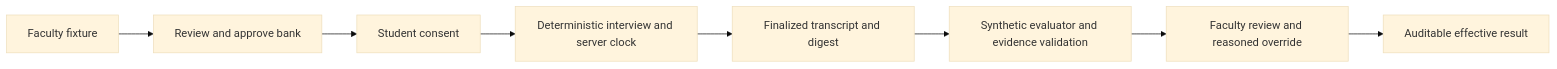
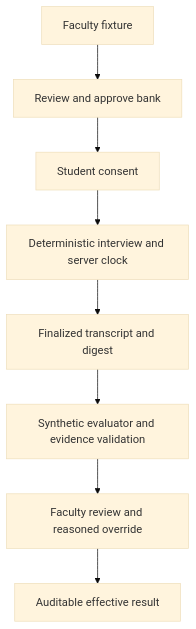
One commit to Udit-Agarwal20/mirai-ai-interviewer changed the first of 2 diagrams in README.md. Above: the diagram before and after it, drawn with Mermaid (base theme). The commit also changed other lines of this file, not shown here.

````diff
--- a/README.md
+++ b/README.md
@@ -80,10 +101,10 @@
 ```mermaid
-flowchart LR
+flowchart TD
     Faculty[Faculty fixture] --> Bank[Review and approve bank]
     Bank --> Consent[Student consent]
     Consent --> Session[Deterministic interview and server clock]
     Session --> Transcript[Finalized transcript and digest]
     Transcript --> Evaluation[Synthetic evaluator and evidence validation]
     Evaluation --> Review[Faculty review and reasoned override]
     Review --> Result[Auditable effective result]
 ```
````
